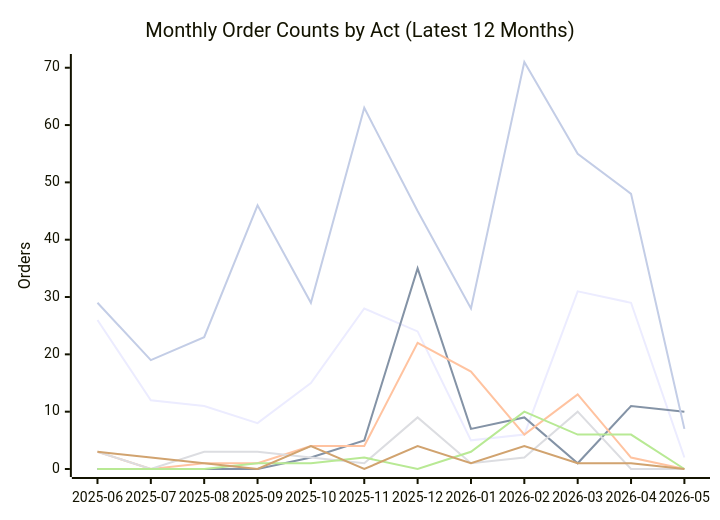
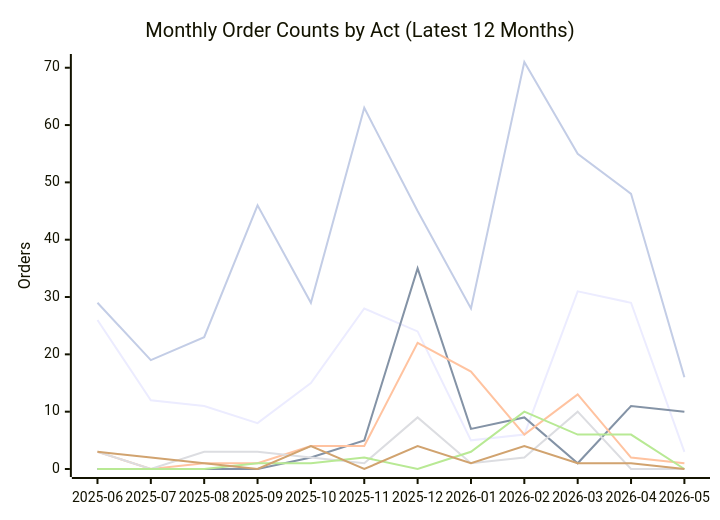
The second of 2 diagrams in README.md (PatLittle/oic-data), drawn with Mermaid before and after one commit. The commit also changed other lines of this file and 23 other files, not shown here.

````diff
--- a/README.md
+++ b/README.md
@@ -71,13 +71,13 @@
 ```mermaid
 xychart-beta
     title "Monthly Order Counts by Act (Latest 12 Months)"
     x-axis ["2025-06", "2025-07", "2025-08", "2025-09", "2025-10", "2025-11", "2025-12", "2026-01", "2026-02", "2026-03", "2026-04", "2026-05"]
     y-axis "Orders" 0 --> 71
-    line [26, 12, 11, 8, 15, 28, 24, 5, 6, 31, 29, 2]
+    line [26, 12, 11, 8, 15, 28, 24, 5, 6, 31, 29, 3]
     line [0, 0, 0, 0, 2, 5, 35, 7, 9, 1, 11, 10]
-    line [3, 0, 1, 1, 4, 4, 22, 17, 6, 13, 2, 0]
+    line [3, 0, 1, 1, 4, 4, 22, 17, 6, 13, 2, 1]
     line [3, 0, 3, 3, 2, 1, 9, 1, 2, 10, 0, 0]
     line [0, 0, 0, 1, 1, 2, 0, 3, 10, 6, 6, 0]
     line [3, 2, 1, 0, 4, 0, 4, 1, 4, 1, 1, 0]
-    line [29, 19, 23, 46, 29, 63, 45, 28, 71, 55, 48, 7]
+    line [29, 19, 23, 46, 29, 63, 45, 28, 71, 55, 48, 16]
 ```
````
